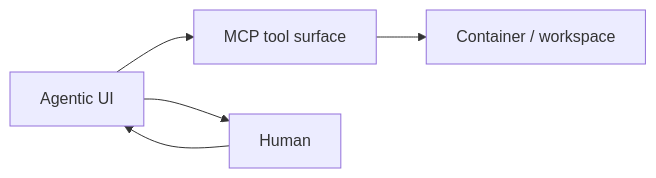
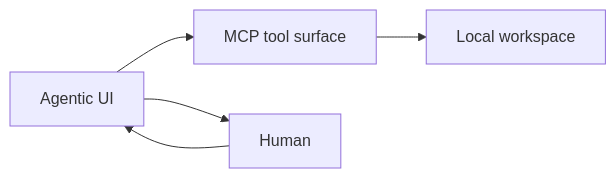
Before and after one commit to jrfornes/devkit: the diagram in plans/M8-agentic-ui.md, drawn with Mermaid. The commit also changed 13 other files, not shown here.

First line of the commit message:
Drop Docker: local workspace is the environment

````diff
--- a/plans/M8-agentic-ui.md
+++ b/plans/M8-agentic-ui.md
@@ -13,7 +13,7 @@
 ```mermaid
 flowchart LR
     ui["Agentic UI"] --> mcp["MCP tool surface"]
-    mcp --> container["Container / workspace"]
+    mcp --> workspace["Local workspace"]
     human["Human"] --> ui
     ui --> human
 ```
````
